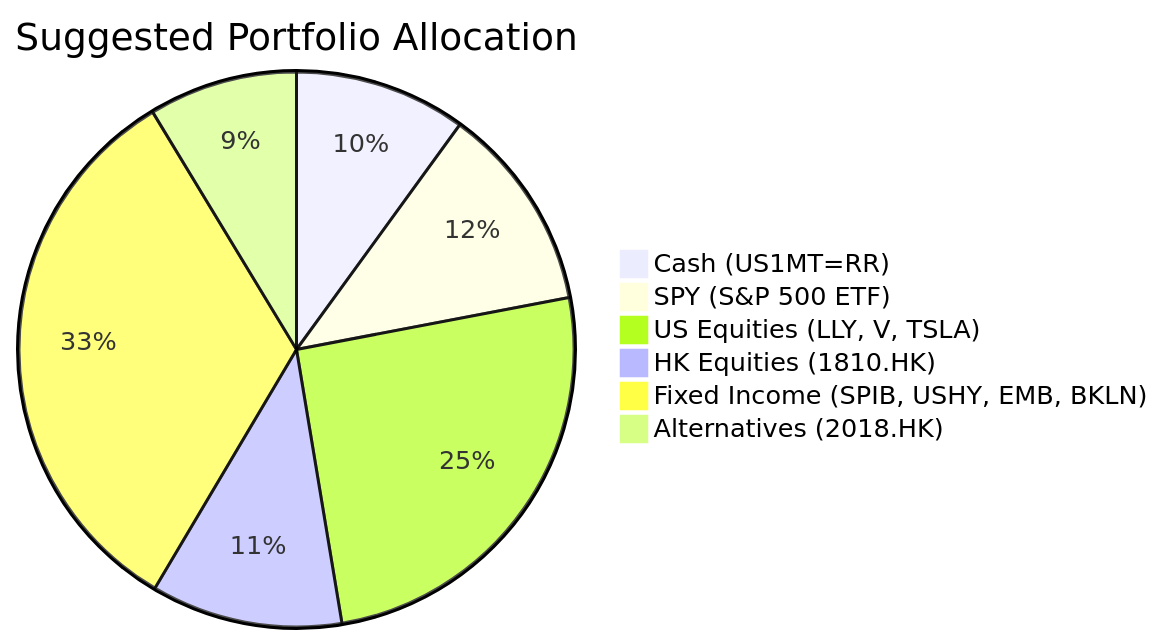
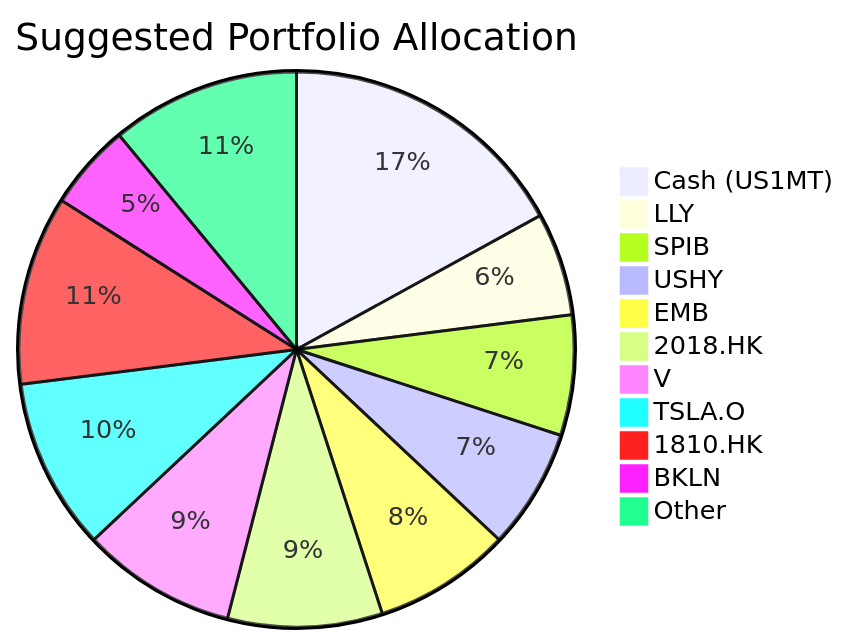
The second of 2 diagrams in docs/sample outputs/client_product_fit_analysis_zw-5.md (roger249/Bot-collaboration), drawn with Mermaid before and after one commit. The commit also changed other lines of this file and 16 other files, not shown here.

````diff
--- a/docs/sample outputs/client_product_fit_analysis_zw-5.md
+++ b/docs/sample outputs/client_product_fit_analysis_zw-5.md
@@ -67,9 +56,14 @@
 ```mermaid
 pie title Suggested Portfolio Allocation
-    "Cash (US1MT=RR)" : 420000
-    "SPY (S&P 500 ETF)" : 504000
-    "US Equities (LLY, V, TSLA)" : 1066000
-    "HK Equities (1810.HK)" : 468000
-    "Fixed Income (SPIB, USHY, EMB, BKLN)" : 1378000
-    "Alternatives (2018.HK)" : 364000
+    "Cash (US1MT)" : 17
+    "LLY" : 6
+    "SPIB" : 7
+    "USHY" : 7
+    "EMB" : 8
+    "2018.HK" : 9
+    "V" : 9
+    "TSLA.O" : 10
+    "1810.HK" : 11
+    "BKLN" : 5
+    "Other" : 11
 ```
````
